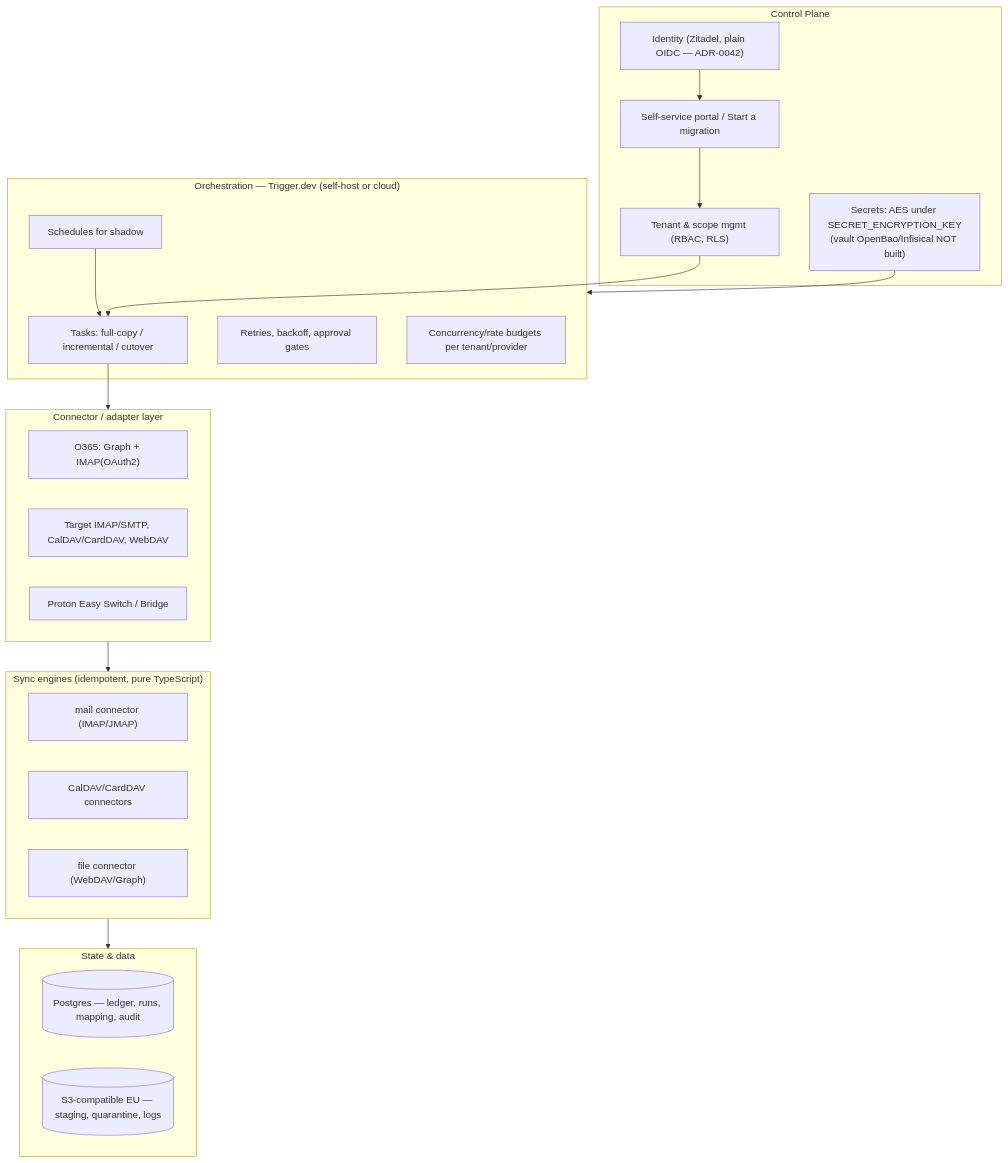
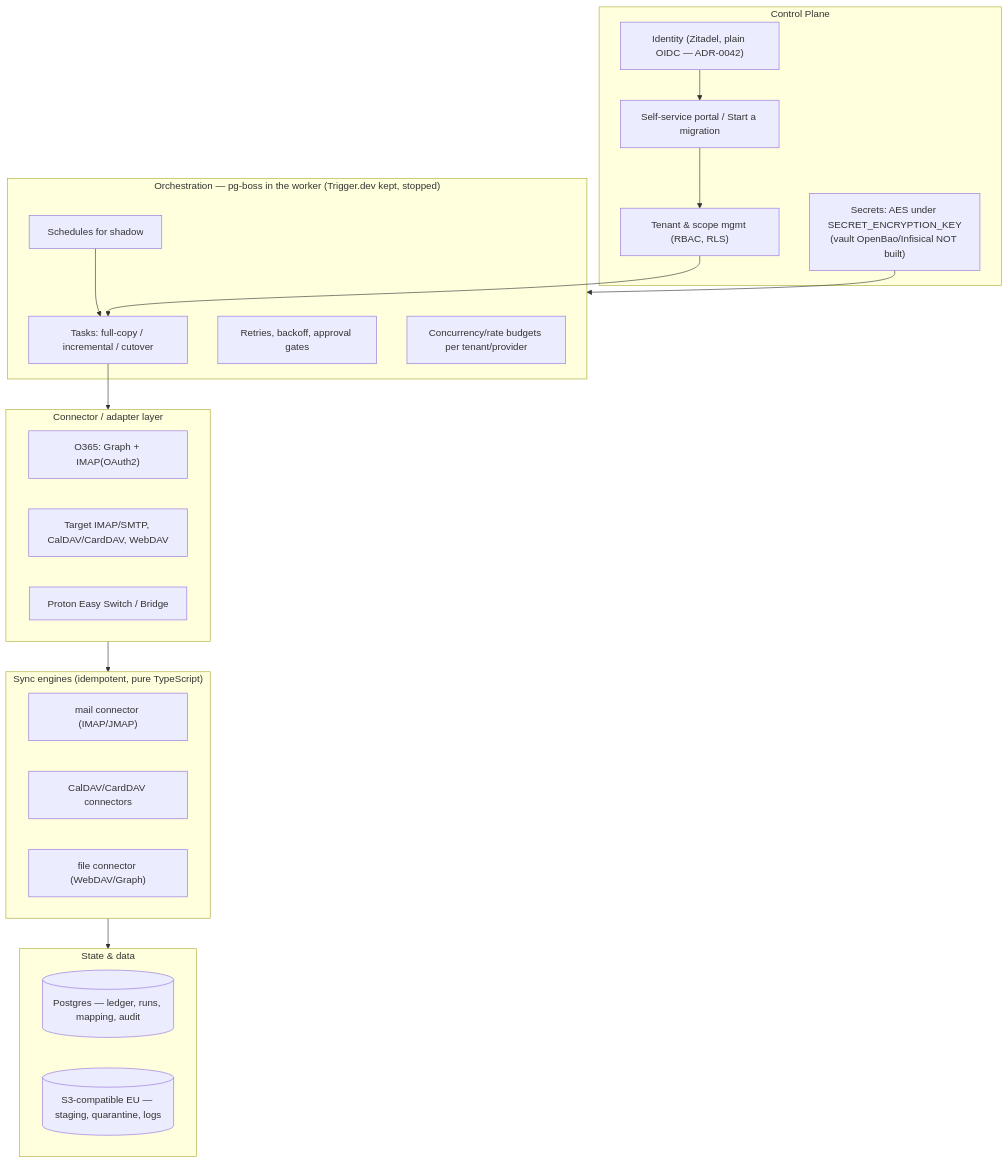
Before and after one commit to Robbes/Ownpace: the first of 2 diagrams in docs/architecture/solution-architecture.md, drawn with Mermaid. The commit also changed other lines of this file and 17 other files, not shown here.

````diff
--- a/docs/architecture/solution-architecture.md
+++ b/docs/architecture/solution-architecture.md
@@ -100,34 +100,34 @@
 ```mermaid
 flowchart TB
   subgraph CP["Control Plane"]
     PORTAL["Self-service portal / Start a migration"]
     IDP["Identity (Zitadel, plain OIDC — ADR-0042)"]
     TENANT["Tenant & scope mgmt (RBAC, RLS)"]
     VAULT["Secrets: AES under SECRET_ENCRYPTION_KEY<br/>(vault OpenBao/Infisical NOT built)"]
   end
-  subgraph ORCH["Orchestration — Trigger.dev (self-host or cloud)"]
+  subgraph ORCH["Orchestration — pg-boss in the worker (Trigger.dev kept, stopped)"]
     FLOWS["Tasks: full-copy / incremental / cutover"]
     SCHED["Schedules for shadow"]
     RETRY["Retries, backoff, approval gates"]
     CONC["Concurrency/rate budgets per tenant/provider"]
   end
   subgraph ADAPT["Connector / adapter layer"]
     GRAPH["O365: Graph + IMAP(OAuth2)"]
     TARGETS["Target IMAP/SMTP, CalDAV/CardDAV, WebDAV"]
     PROTON["Proton Easy Switch / Bridge"]
   end
   subgraph ENGINES["Sync engines (idempotent, pure TypeScript)"]
     MAIL["mail connector (IMAP/JMAP)"]
     DAV["CalDAV/CardDAV connectors"]
     FILES["file connector (WebDAV/Graph)"]
   end
   subgraph STATE["State & data"]
     LEDGER[("Postgres — ledger, runs, mapping, audit")]
     OBJ[("S3-compatible EU — staging, quarantine, logs")]
   end
   PORTAL --> TENANT --> FLOWS
   IDP --> PORTAL
   VAULT --> ORCH
   FLOWS --> ADAPT --> ENGINES --> STATE
   SCHED --> FLOWS
 ```
````
